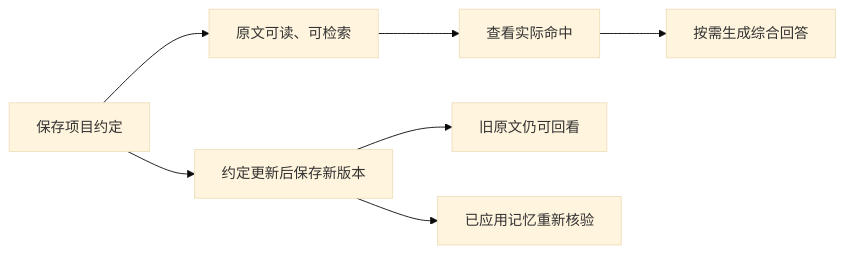
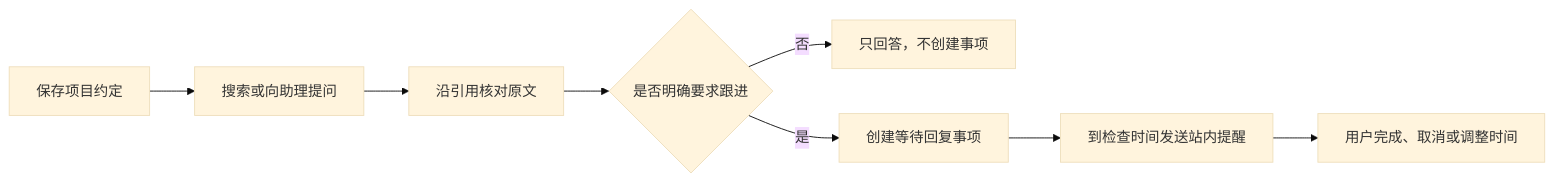
The diagram in .repo-review/knowledge/articles/e3a688af2ed1ce2734e7f6a41ed91e4369645398f90a03e28b92c27028f48e1f.md (lejunyang/omem), drawn with Mermaid (base theme) before and after one commit. The commit also changed other lines of this file and 9 other files, not shown here.

````diff
--- a/.repo-review/knowledge/articles/e3a688af2ed1ce2734e7f6a41ed91e4369645398f90a03e28b92c27028f48e1f.md
+++ b/.repo-review/knowledge/articles/e3a688af2ed1ce2734e7f6a41ed91e4369645398f90a03e28b92c27028f48e1f.md
@@ -25,9 +63,10 @@
 ```mermaid
 flowchart LR
-  A[保存项目约定] --> B[原文可读、可检索]
-  B --> C[查看实际命中]
-  C --> D[按需生成综合回答]
-  A --> E[约定更新后保存新版本]
-  E --> F[旧原文仍可回看]
-  E --> G[已应用记忆重新核验]
+  A[保存项目约定] --> B[搜索或向助理提问]
+  B --> C[沿引用核对原文]
+  C --> D{是否明确要求跟进}
+  D -- 否 --> E[只回答，不创建事项]
+  D -- 是 --> F[创建等待回复事项]
+  F --> G[到检查时间发送站内提醒]
+  G --> H[用户完成、取消或调整时间]
 ```
````
